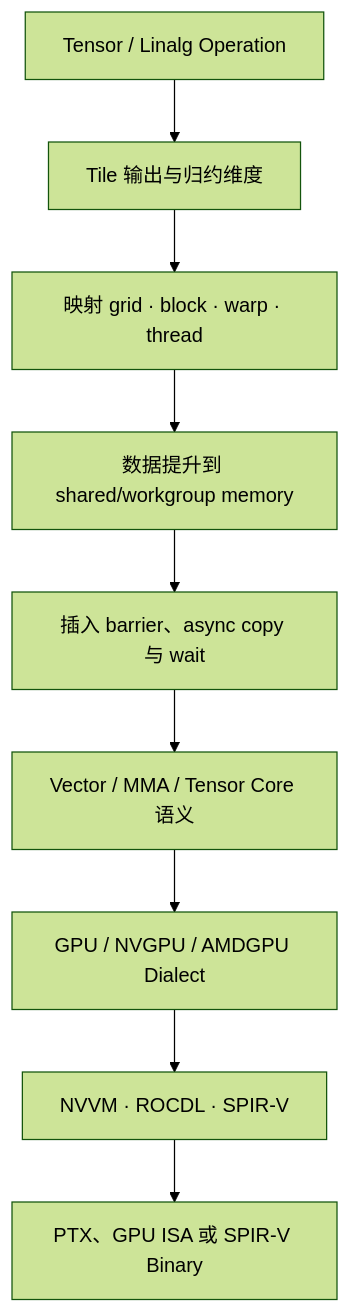
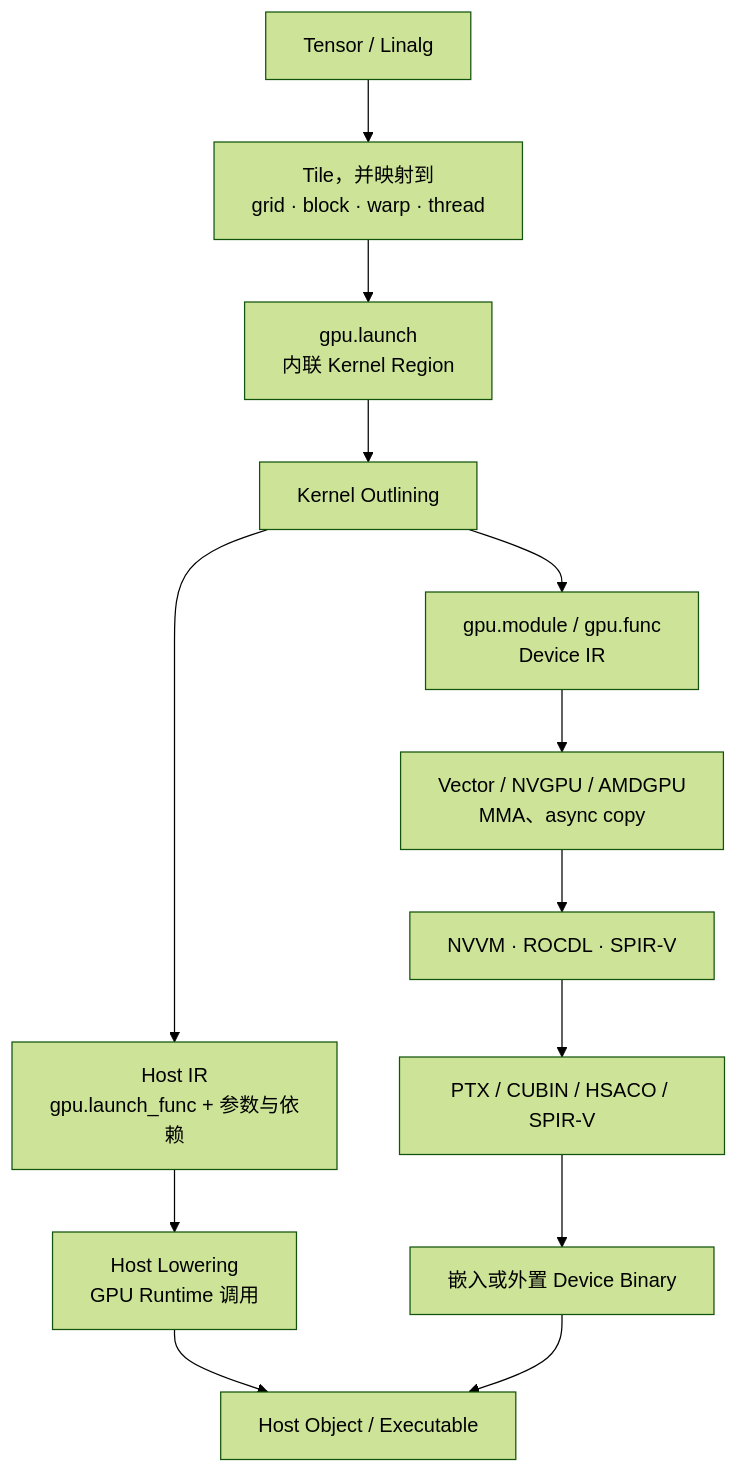
One commit to Fizgrad/fizgrad.github.io changed the seventh of 8 diagrams in blog/mlir.md. Above: the diagram before and after it, drawn with Mermaid (forest theme). The commit also changed other lines of this file, not shown here.

````diff
--- a/blog/mlir.md
+++ b/blog/mlir.md
@@ -752,11 +1094,15 @@
 ```mermaid
 flowchart TD
-    OP["Tensor / Linalg Operation"] --> TILE["Tile 输出与归约维度"]
-    TILE --> MAP["映射 grid · block · warp · thread"]
-    MAP --> PROMOTE["数据提升到 shared/workgroup memory"]
-    PROMOTE --> SYNC["插入 barrier、async copy 与 wait"]
-    SYNC --> VECTOR["Vector / MMA / Tensor Core 语义"]
-    VECTOR --> GPU["GPU / NVGPU / AMDGPU Dialect"]
-    GPU --> TARGET["NVVM · ROCDL · SPIR-V"]
-    TARGET --> DEVICE["PTX、GPU ISA 或 SPIR-V Binary"]
+    PAYLOAD["Tensor / Linalg"] --> MAP["Tile，并映射到<br/>grid · block · warp · thread"]
+    MAP --> LAUNCH["gpu.launch<br/>内联 Kernel Region"]
+    LAUNCH --> OUTLINE["Kernel Outlining"]
+    OUTLINE --> HOST["Host IR<br/>gpu.launch_func + 参数与依赖"]
+    OUTLINE --> DEVICE["gpu.module / gpu.func<br/>Device IR"]
+    DEVICE --> SPECIAL["Vector / NVGPU / AMDGPU<br/>MMA、async copy"]
+    SPECIAL --> TARGET["NVVM · ROCDL · SPIR-V"]
+    TARGET --> BINARY["PTX / CUBIN / HSACO / SPIR-V"]
+    HOST --> RUNTIME["Host Lowering<br/>GPU Runtime 调用"]
+    BINARY --> PACKAGE["嵌入或外置 Device Binary"]
+    RUNTIME --> LINK["Host Object / Executable"]
+    PACKAGE --> LINK
 ```
````
